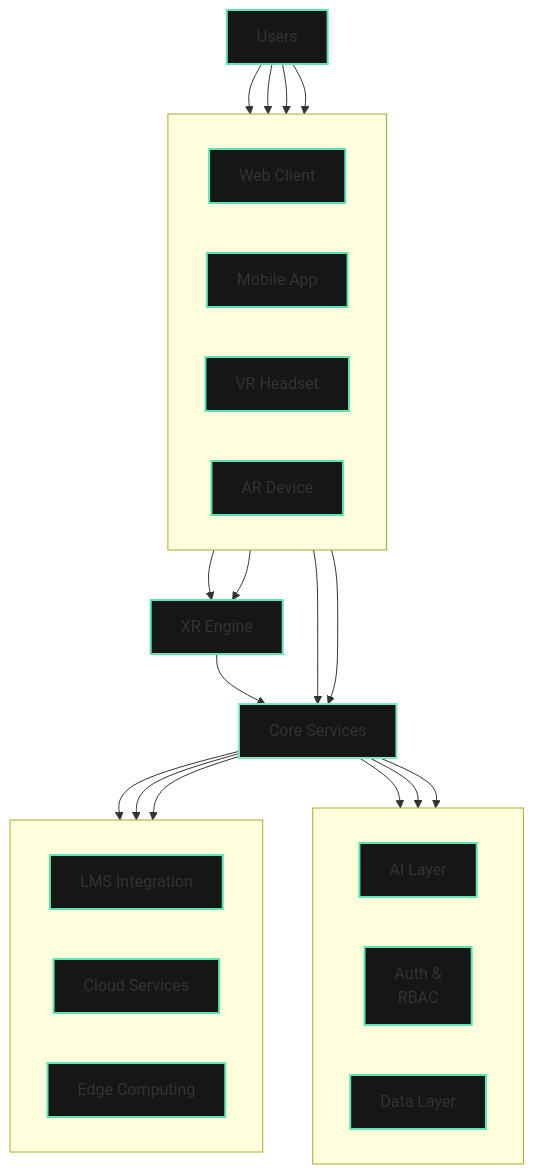
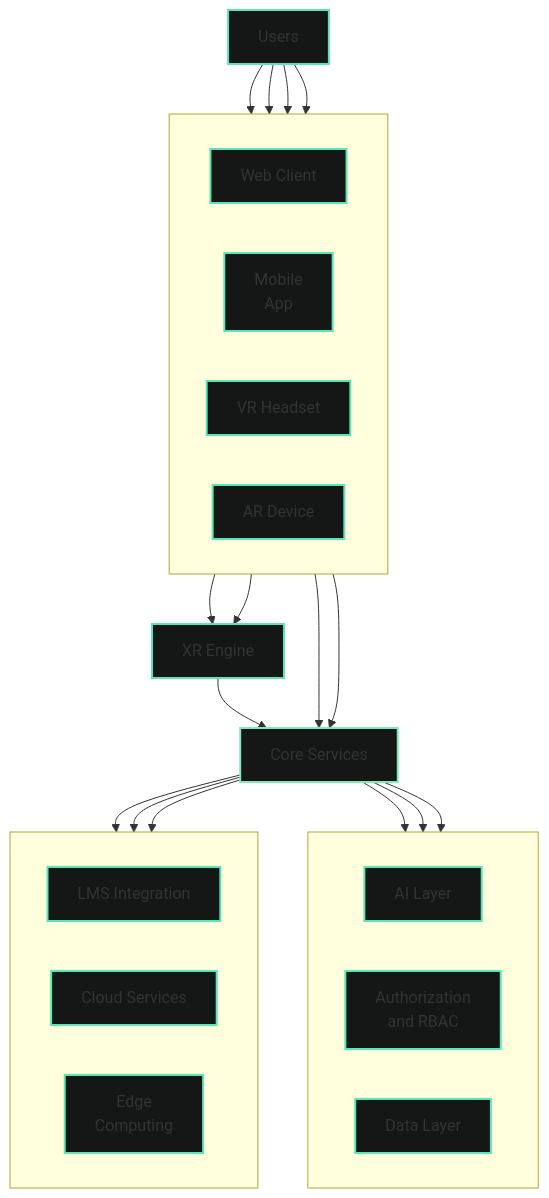
One commit to ivmarch/geniverse-docs changed the diagram in docs/overview.md. Above: the diagram before and after it, drawn with Mermaid. The commit also changed other lines of this file and 17 other files, not shown here.

````diff
--- a/docs/overview.md
+++ b/docs/overview.md
@@ -19,61 +131,61 @@
 ```mermaid
 graph TB
     User[Users]
     
     subgraph UI[" "]
         direction LR
         Web[Web Client]
-        Mobile[Mobile App]
+        Mobile["Mobile<br/>App"]
         VR[VR Headset]
         AR[AR Device]
     end
     
     Core[Core Services]
     
     subgraph PlatformServices[" "]
         direction LR
         AI[AI Layer]
-        Auth["Auth &<br/>RBAC"]
+        Auth["Authorization<br/>and RBAC"]
         Data[Data Layer]
     end
     
     XR[XR Engine]
     
     subgraph External[" "]
         direction LR
         LMS[LMS Integration]
         Cloud[Cloud Services]
-        Edge[Edge Computing]
+        Edge["Edge<br/>Computing"]
     end
     
     User --> Web
     User --> Mobile
     User --> VR
     User --> AR
     
     Web --> Core
     Mobile --> Core
     VR --> XR
     AR --> XR
     
     XR --> Core
     Core --> AI
     Core --> Auth
     Core --> Data
     
     Core --> LMS
     Core --> Cloud
     Core --> Edge
     
     classDef userClass fill:#141716,stroke:#58E6B2,stroke-width:2px
     classDef uiClass fill:#141716,stroke:#58E6B2,stroke-width:2px
     classDef coreClass fill:#141716,stroke:#7CECBF,stroke-width:2px
     classDef platformClass fill:#141716,stroke:#58E6B2,stroke-width:2px
     classDef externalClass fill:#141716,stroke:#58E6B2,stroke-width:2px
     
     class User userClass
     class Web,Mobile,VR,AR uiClass
     class Core coreClass
     class AI,Auth,Data,XR platformClass
     class LMS,Cloud,Edge externalClass
 ```
````
